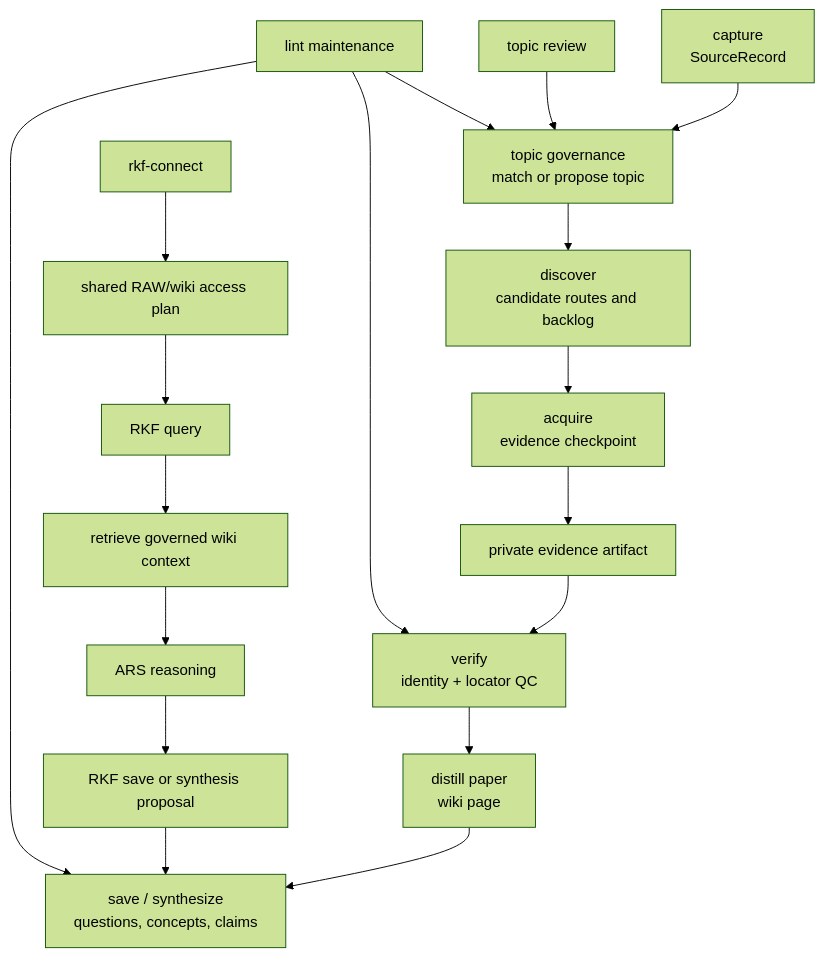
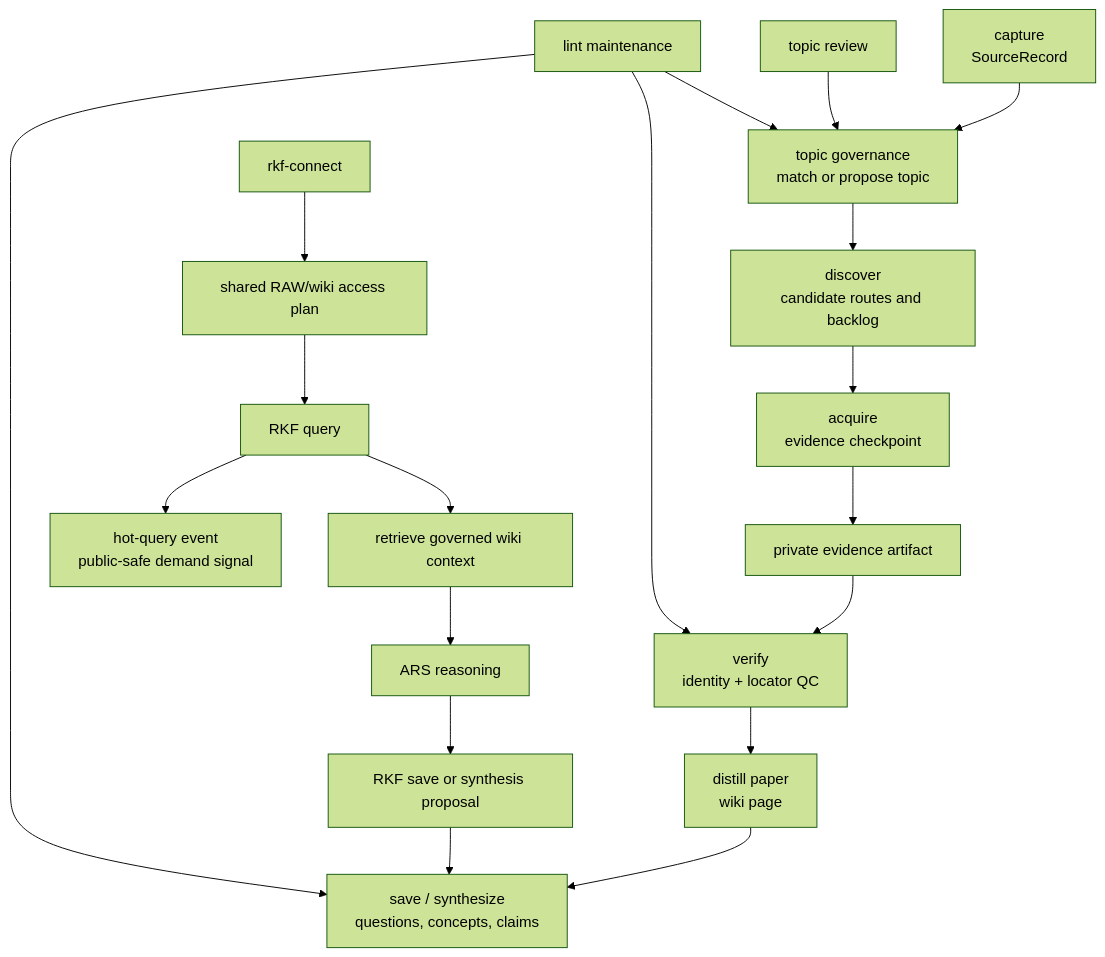
One commit to ChenHau-Lan/ResearchWiki changed the diagram in docs/ARCHITECTURE.md. Above: the diagram before and after it, drawn with Mermaid (forest theme). The commit also changed other lines of this file and 16 other files, not shown here.

````diff
--- a/docs/ARCHITECTURE.md
+++ b/docs/ARCHITECTURE.md
@@ -27,20 +28,21 @@
 ```mermaid
 flowchart TD
     A["capture<br/>SourceRecord"] --> B["topic governance<br/>match or propose topic"]
     B --> C["discover<br/>candidate routes and backlog"]
     C --> D["acquire<br/>evidence checkpoint"]
     D --> E["private evidence artifact"]
     E --> F["verify<br/>identity + locator QC"]
     F --> G["distill paper<br/>wiki page"]
     G --> H["save / synthesize<br/>questions, concepts, claims"]
     I["RKF query"] --> J["retrieve governed wiki context"]
+    I --> Q["hot-query event<br/>public-safe demand signal"]
     J --> K["ARS reasoning"]
     K --> L["RKF save or synthesis proposal"]
     L --> H
     M["lint maintenance"] --> B
     M --> F
     M --> H
     N["topic review"] --> B
     O["rkf-connect"] --> P["shared RAW/wiki access plan"]
     P --> I
 ```
````
